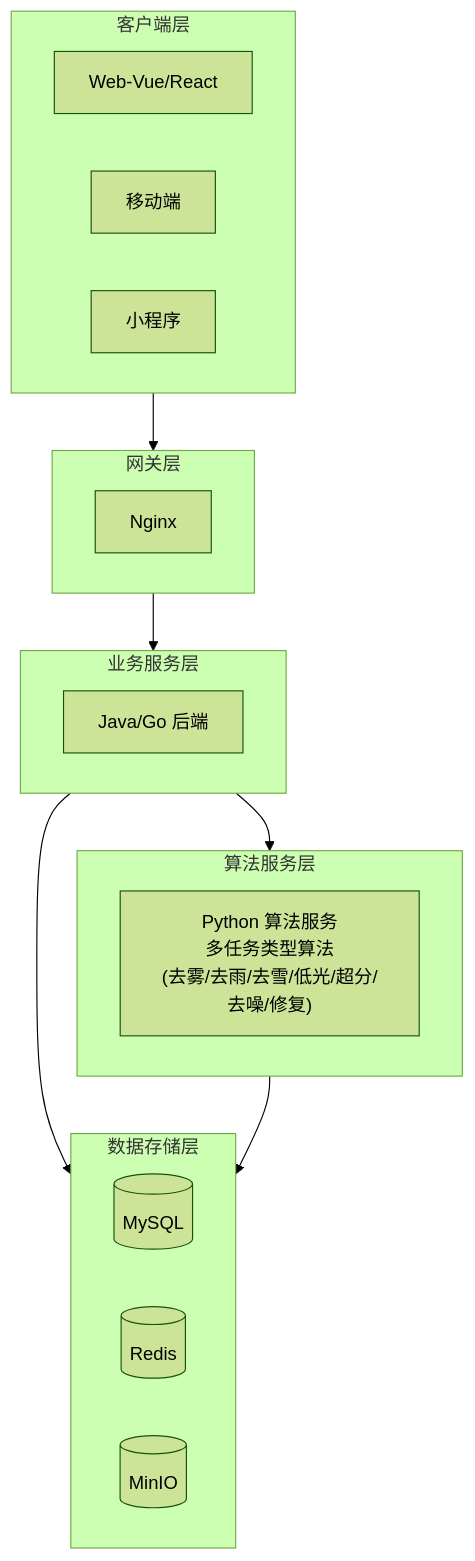
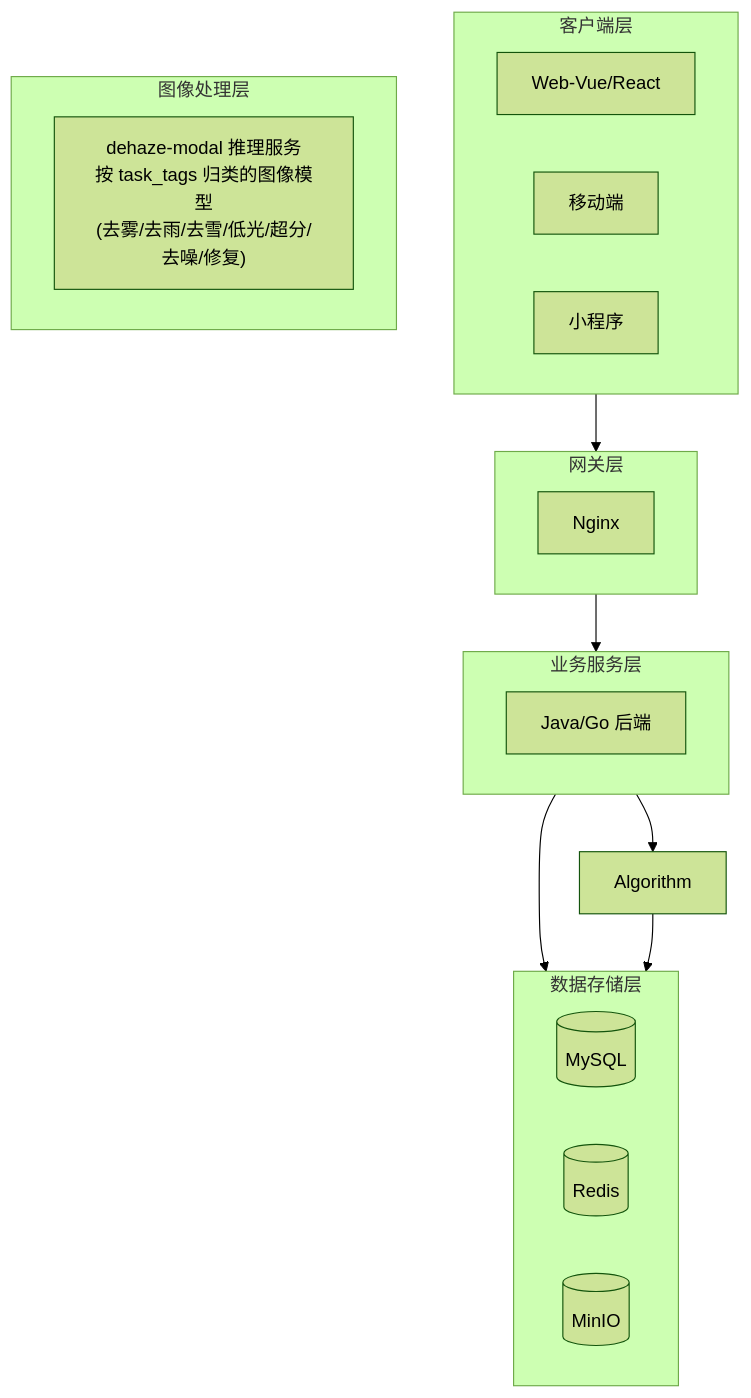
The third of 3 diagrams in dehaze-doc/docs/01-产品设计/01-产品概述.md (earthy-zinc/dehaze-system), drawn with Mermaid (forest theme) before and after one commit. The commit also changed other lines of this file and 239 other files, not shown here.

````diff
--- a/dehaze-doc/docs/01-产品设计/01-产品概述.md
+++ b/dehaze-doc/docs/01-产品设计/01-产品概述.md
@@ -324,35 +324,35 @@
 ```mermaid
 flowchart TB
     subgraph Client["客户端层"]
         direction LR
         C1["Web-Vue/React"]
         C2["移动端"]
         C3["小程序"]
     end
 
     subgraph Gateway["网关层"]
         Nginx["Nginx"]
     end
 
     subgraph Business["业务服务层"]
         direction LR
         Java["Java/Go 后端"]
     end
 
-    subgraph Algorithm["算法服务层"]
-        Python["Python 算法服务<br/>多任务类型算法<br/>(去雾/去雨/去雪/低光/超分/去噪/修复)"]
+    subgraph ImageProcessing["图像处理层"]
+        Python["dehaze-modal 推理服务<br/>按 task_tags 归类的图像模型<br/>(去雾/去雨/去雪/低光/超分/去噪/修复)"]
     end
 
     subgraph Data["数据存储层"]
         direction LR
         MySQL[("MySQL")]
         Redis[("Redis")]
         MinIO[("MinIO")]
     end
 
     Client --> Gateway
     Gateway --> Business
     Business --> Algorithm
     Business --> Data
     Algorithm --> Data
 ```
````
